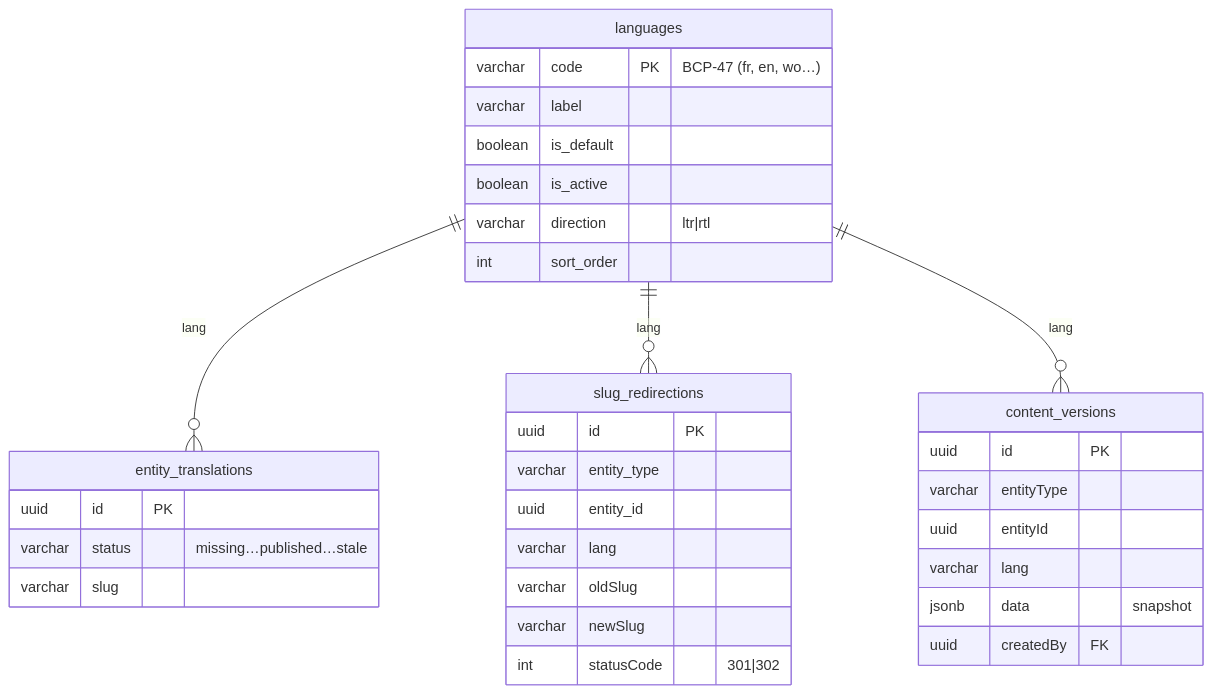
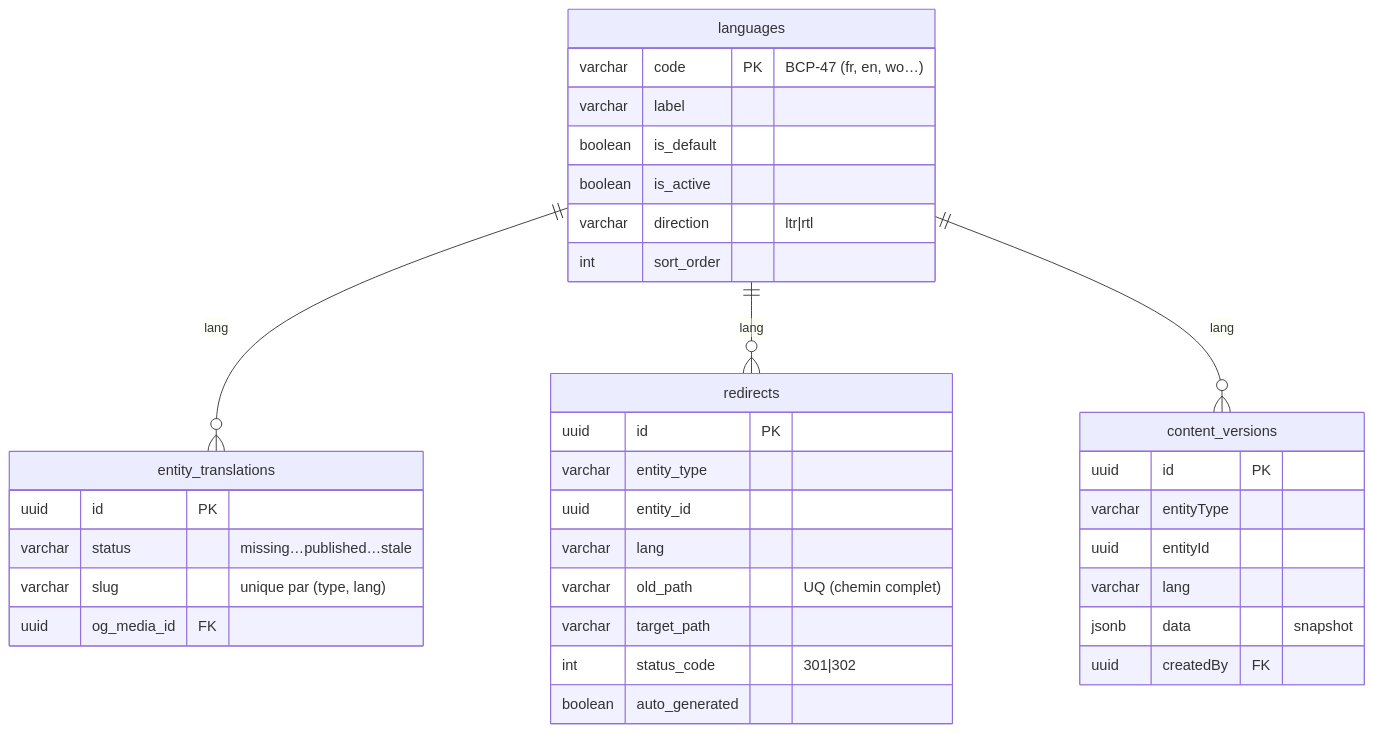
The second of 9 diagrams in Analyse/modelisation/docs/06-donnees.md (DonArhouna/Exauce), drawn with Mermaid before and after one commit. The commit also changed other lines of this file and 2 other files, not shown here.

Commit message:
docs(analyse): schema cible (pages/sections, bureaux, equipe, SEO par langue), redirections uniques et ecrans back-office

````diff
--- a/Analyse/modelisation/docs/06-donnees.md
+++ b/Analyse/modelisation/docs/06-donnees.md
@@ -76,36 +113,38 @@
 ```mermaid
 erDiagram
   languages {
     varchar code PK "BCP-47 (fr, en, wo…)"
     varchar label
     boolean is_default
     boolean is_active
     varchar direction "ltr|rtl"
     int sort_order
   }
   entity_translations {
     uuid id PK
     varchar status "missing…published…stale"
-    varchar slug
+    varchar slug "unique par (type, lang)"
+    uuid og_media_id FK
   }
-  slug_redirections {
+  redirects {
     uuid id PK
     varchar entity_type
     uuid entity_id
     varchar lang
-    varchar oldSlug
-    varchar newSlug
-    int statusCode "301|302"
+    varchar old_path "UQ (chemin complet)"
+    varchar target_path
+    int status_code "301|302"
+    boolean auto_generated
   }
   content_versions {
     uuid id PK
     varchar entityType
     uuid entityId
     varchar lang
     jsonb data "snapshot"
     uuid createdBy FK
   }
   languages ||--o{ entity_translations : "lang"
-  languages ||--o{ slug_redirections : "lang"
+  languages ||--o{ redirects : "lang"
   languages ||--o{ content_versions : "lang"
 ```
````
